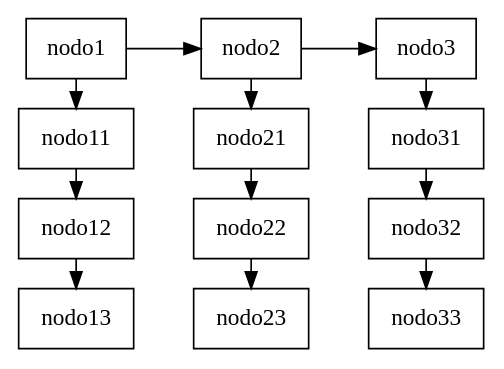
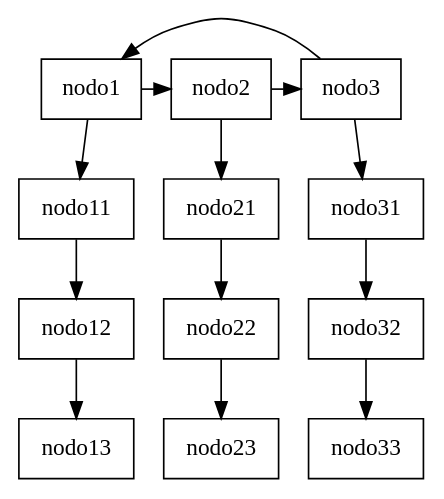
One commit to bryan967132/EDD_junioProyecto1_201908355 changed the diagram in Dot/ListaDeLista.dot. Above: the diagram before and after it, drawn with Graphviz. The commit also changed 1 other file, not shown here.

```diff
--- a/Dot/ListaDeLista.dot
+++ b/Dot/ListaDeLista.dot
@@ -1,17 +1,18 @@
 digraph G {
-    rankdir = LR;
-    node[shape=box]
-    nodo1 -> nodo2 -> nodo3;
+    node[shape="box"]
     subgraph subNodo1 {
-        rank = same;
         nodo1 -> nodo11 -> nodo12 -> nodo13
     }
     subgraph subNodo2 {
-        rank = same;
         nodo2 -> nodo21 -> nodo22 -> nodo23
     }
     subgraph subNodo3 {
-        rank = same;
         nodo3 -> nodo31 -> nodo32 -> nodo33
     }
+    {
+        rank=same;
+        nodo1 -> nodo2;
+        nodo2 -> nodo3;
+        nodo3 -> nodo1;
+    }
 }
```
